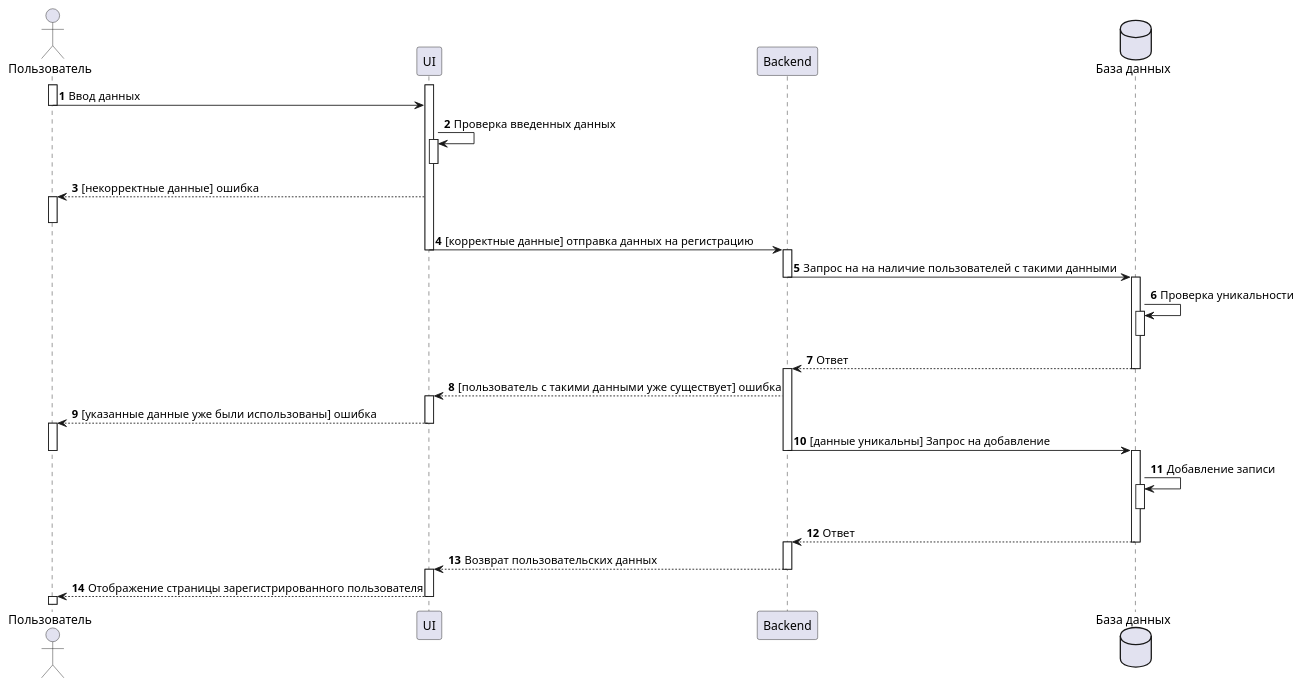
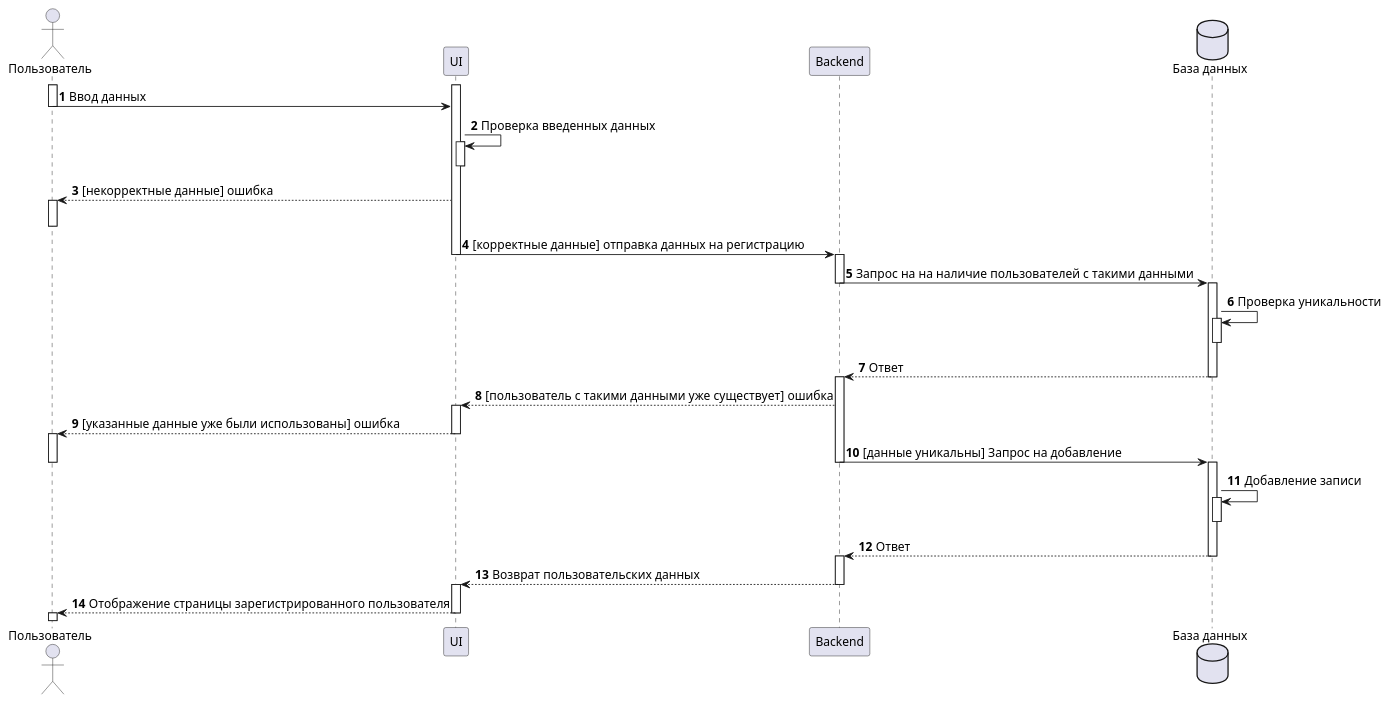
The diagram in docs/diagrams/Sequence diagrams/SequenceRegistration.puml (xlebec27/RGARMusic), drawn with PlantUML before and after one commit. The commit also changed 23 other files, not shown here.

Commit message:
Change font name and font size

```diff
--- a/docs/diagrams/Sequence diagrams/SequenceRegistration.puml
+++ b/docs/diagrams/Sequence diagrams/SequenceRegistration.puml
@@ -1,55 +1,57 @@
 @startuml
+skinparam defaultFontName Times New Roman
+skinparam defaultFontSize 14
 autonumber
 
 actor "Пользователь" as user
 participant "UI" as ui
 participant "Backend" as backend
 database "База данных" as database
 
 activate ui
 activate user
 user->ui:Ввод данных
 deactivate user
 ui->ui:Проверка введенных данных
 activate ui
 deactivate ui
 ui-->user:[некорректные данные] ошибка
 activate user
 deactivate user
 ui->backend:[корректные данные] отправка данных на регистрацию
 deactivate ui
 activate backend
 
 backend->database:Запрос на на наличие пользователей с такими данными
 deactivate backend
 activate database
 database->database:Проверка уникальности
 activate database
 deactivate database
 database-->backend:Ответ
 deactivate database
 
 activate backend
 backend-->ui:[пользователь с такими данными уже существует] ошибка
 activate ui
 ui-->user: [указанные данные уже были использованы] ошибка
 deactivate ui
 activate user
 backend->database:[данные уникальны] Запрос на добавление
 deactivate backend
 deactivate user
 activate database
 database->database:Добавление записи
 activate database
 deactivate database
 database-->backend:Ответ
 deactivate database
 activate backend
 backend-->ui:Возврат пользовательских данных
 deactivate backend
 activate ui
 ui-->user:Отображение страницы зарегистрированного пользователя
 deactivate ui
 activate user
 deactivate user
 @enduml
```
